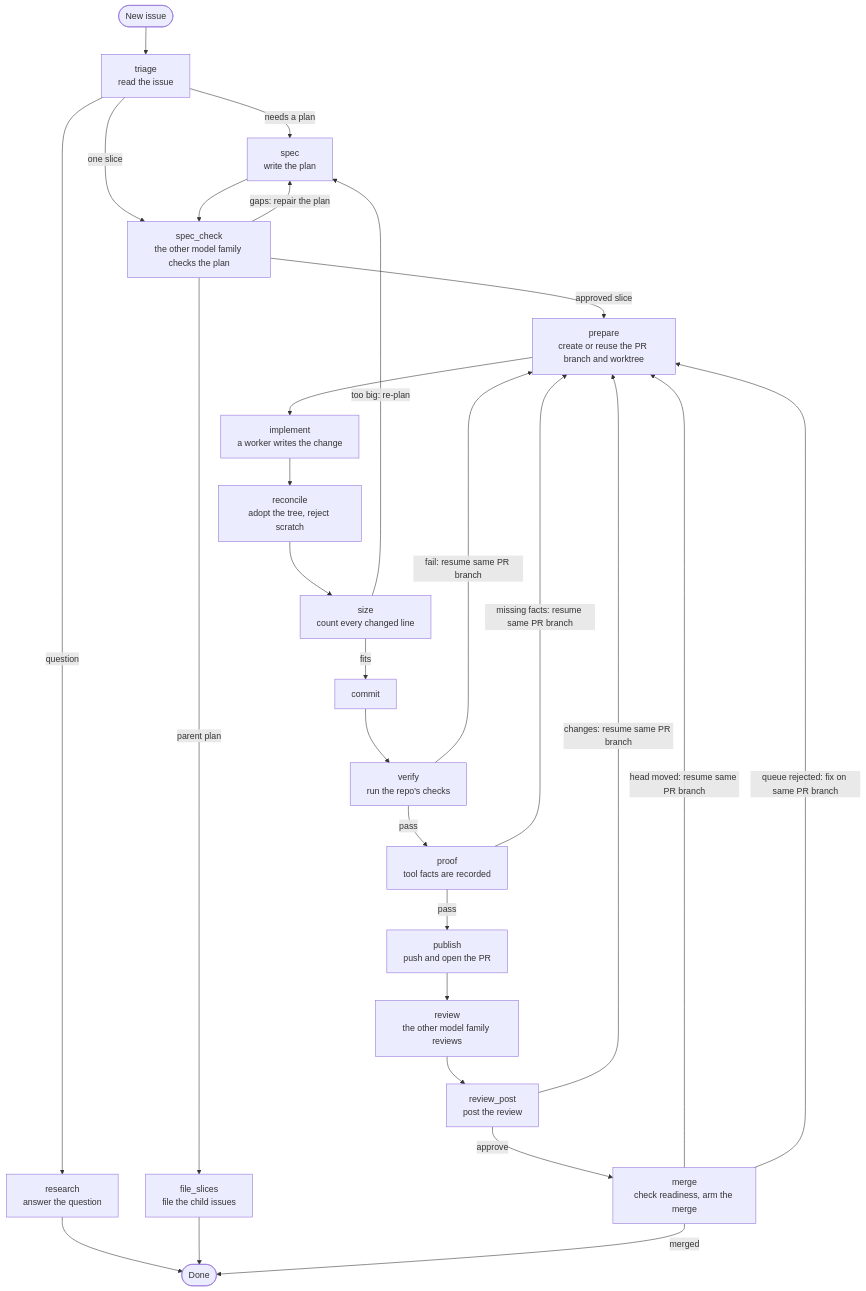
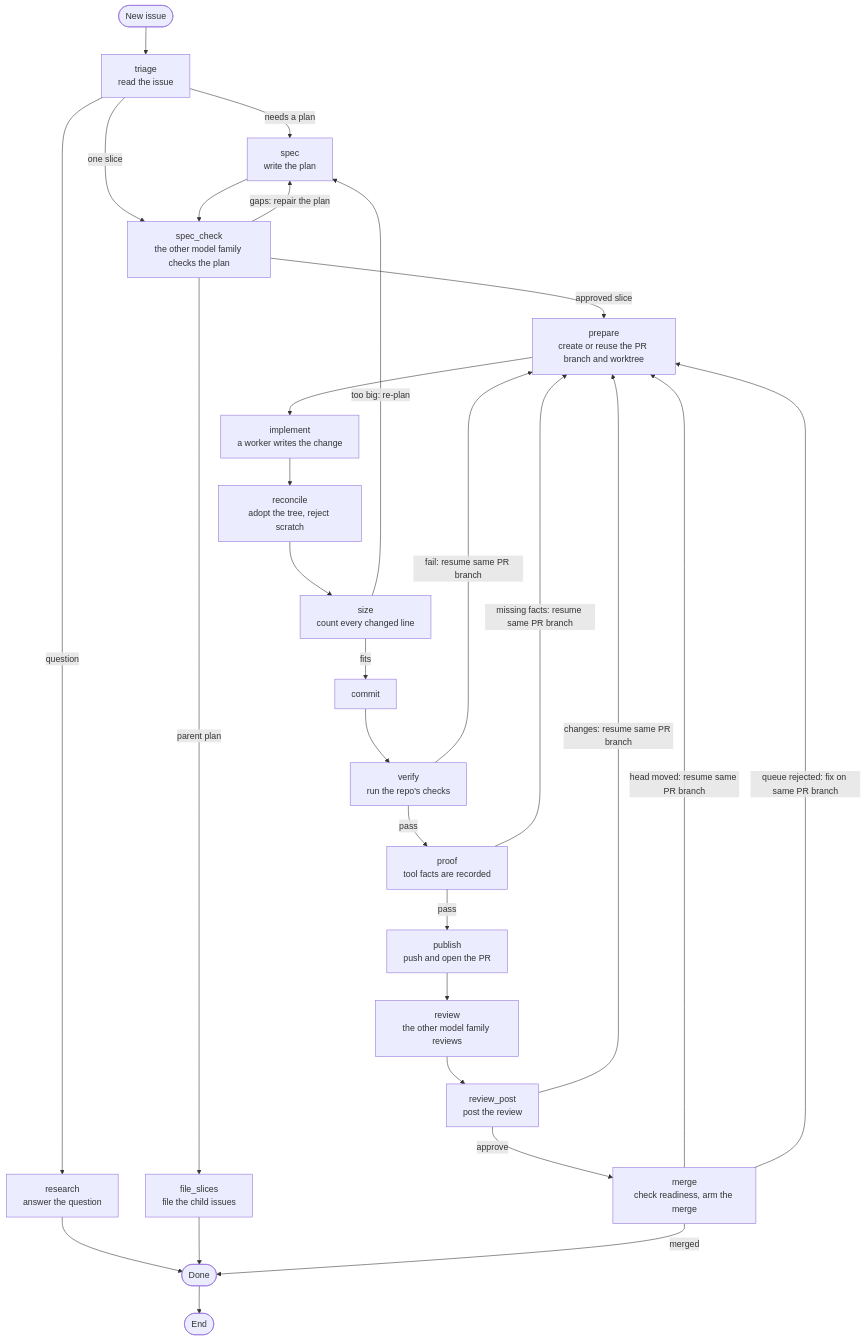
The diagram in docs/graph/target.mmd (bookout-labs/tools), drawn with Mermaid before and after one commit. The commit also changed 8 other files, not shown here.

Commit message:
Show the blueprint and reject untracked diagram syntax

```diff
--- a/docs/graph/target.mmd
+++ b/docs/graph/target.mmd
@@ -1,29 +1,29 @@
 flowchart TD
-  start([New issue]) --> triage["triage<br/>read the issue"]
+  __start__([New issue]) --> triage["triage<br/>read the issue"]
   triage -->|question| research["research<br/>answer the question"]
   research --> done([Done])
   triage -->|needs a plan| spec["spec<br/>write the plan"]
   triage -->|one slice| spec_check
   spec --> spec_check["spec_check<br/>the other model family checks the plan"]
   spec_check -->|gaps: repair the plan| spec
   spec_check -->|parent plan| file_slices["file_slices<br/>file the child issues"]
   file_slices --> done
   spec_check -->|approved slice| prepare["prepare<br/>create or reuse the PR branch and worktree"]
   prepare --> implement["implement<br/>a worker writes the change"]
   implement --> reconcile["reconcile<br/>adopt the tree, reject scratch"]
   reconcile --> size["size<br/>count every changed line"]
   size -->|too big: re-plan| spec
   size -->|fits| commit["commit"]
   commit --> verify["verify<br/>run the repo's checks"]
   verify -->|fail: resume same PR branch| prepare
   verify -->|pass| proof["proof<br/>tool facts are recorded"]
   proof -->|missing facts: resume same PR branch| prepare
   proof -->|pass| publish["publish<br/>push and open the PR"]
   publish --> review["review<br/>the other model family reviews"]
   review --> review_post["review_post<br/>post the review"]
   review_post -->|changes: resume same PR branch| prepare
   review_post -->|approve| merge["merge<br/>check readiness, arm the merge"]
   merge -->|head moved: resume same PR branch| prepare
   merge -->|queue rejected: fix on same PR branch| prepare
   merge -->|merged| done
-%% Any step can pause (quota wait, human question, waiting on GitHub) and resumes at that step; review rounds are capped by max_review_rounds.
+  done --> __end__([End])
```
